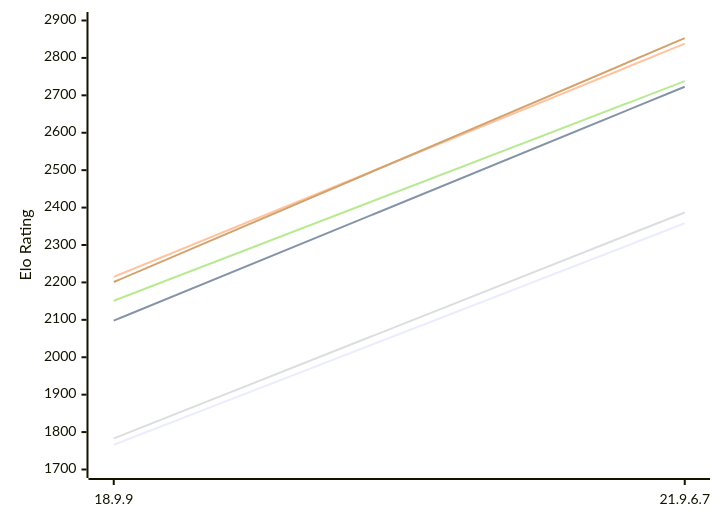
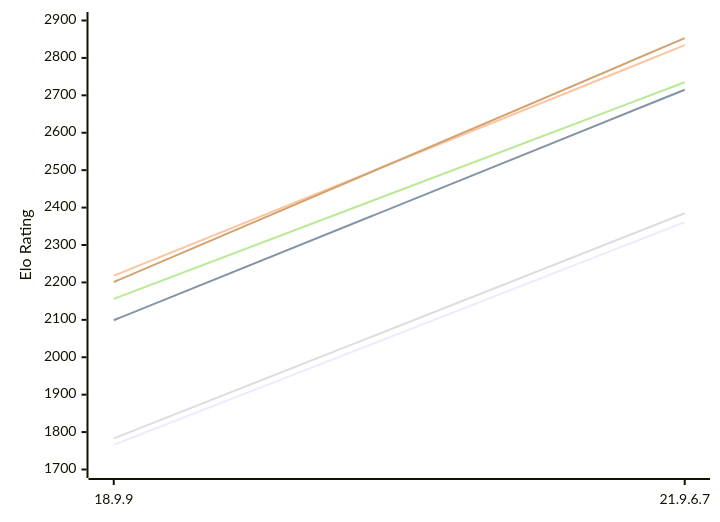
The diagram in engines/RuthIron.md (computer-chess-index/cci), drawn with Mermaid before and after one commit. The commit also changed other lines of this file, not shown here.

Commit message:
Update CCI Ratings (ELO VLTC) - 2026-11-26

````diff
--- a/engines/RuthIron.md
+++ b/engines/RuthIron.md
@@ -49,12 +49,12 @@
 ```mermaid
 %%{init: {"theme":"base","themeVariables":{"seriesColors:['#a3a3a3','#222221','#faa371']}}}%%
 xychart-beta
   x-axis ["18.9.9", "21.9.6.7"]
   y-axis "Elo Rating" 1700 --> 2900
-  line "E1: STC (8.0+0.08s)" [1766, 2358]
-  line "E1: LTC (60.0+0.60s)" [2098, 2723]
-  line "E1: VLTC (2m24s+1.12s)" [2215, 2838]
-  line "P1: STC (8.0+0.08s)" [1783, 2387]
-  line "P1: LTC (60.0+0.60s)" [2151, 2738]
+  line "E1: STC (8.0+0.08s)" [1766, 2361]
+  line "E1: LTC (60.0+0.60s)" [2099, 2715]
+  line "E1: VLTC (2m24s+1.12s)" [2218, 2834]
+  line "P1: STC (8.0+0.08s)" [1783, 2385]
+  line "P1: LTC (60.0+0.60s)" [2156, 2735]
   line "P1: VLTC (2m24s+1.12s)" [2201, 2853]
 ```
````
